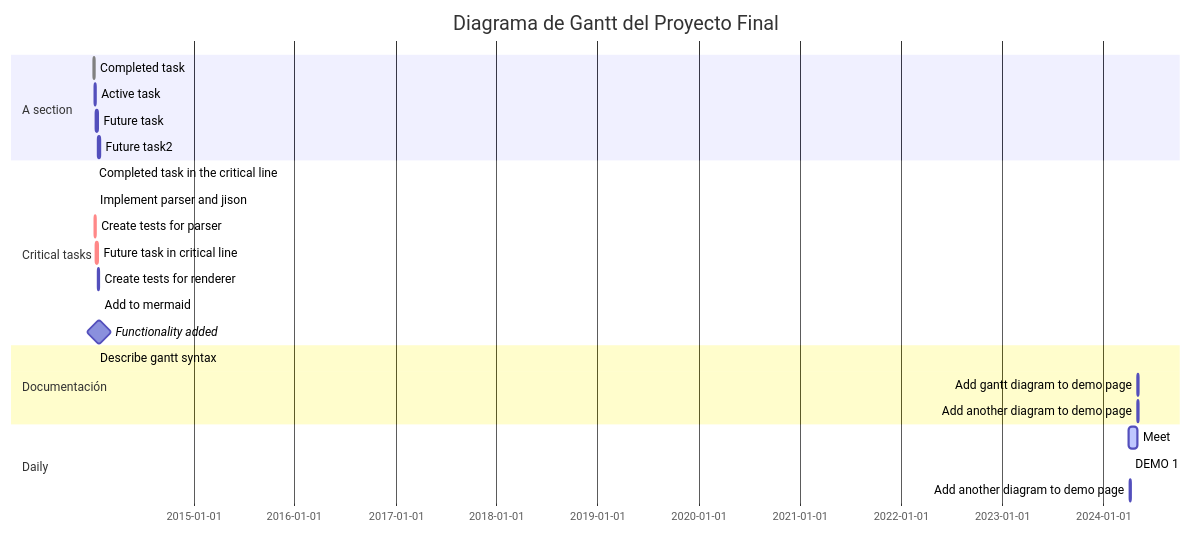
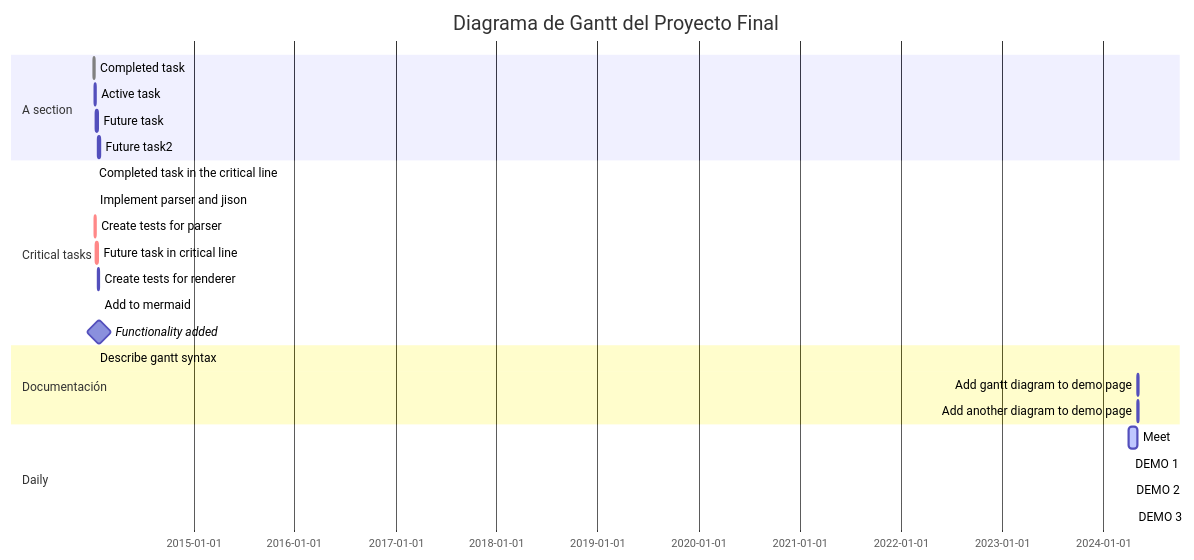
The diagram in README.md (Beth-94/testmermaid), drawn with Mermaid before and after one commit.

````diff
--- a/README.md
+++ b/README.md
@@ -8,33 +8,34 @@
 ```mermaid
 gantt
     dateFormat  YYYY-MM-DD
     title       Diagrama de Gantt del Proyecto Final
     excludes    weekends
     %% (`excludes` accepts specific dates in YYYY-MM-DD format, days of the week ("sunday") or "weekends", but not the word "weekdays".)
 
     section A section
     Completed task            :done,    des1, 2014-01-06,2014-01-08
     Active task               :active,  des2, 2014-01-09, 3d
     Future task               :         des3, after des2, 5d
     Future task2              :         des4, after des3, 5d
 
     section Critical tasks
     Completed task in the critical line :crit, done, 2014-01-06,24h
     Implement parser and jison          :crit, done, after des1, 2d
     Create tests for parser             :crit, active, 3d
     Future task in critical line        :crit, 5d
     Create tests for renderer           :2d
     Add to mermaid                      :until isadded
     Functionality added                 :milestone, isadded, 2014-01-25, 0d
 
     section Documentación
     Describe gantt syntax               :active, a1, after des1, 3d
     Add gantt diagram to demo page      :after a1  , 20h
     Add another diagram to demo page    :doc1, after a1  , 48h
 
     section Daily
     Meet               :active, a1, 2024-04-01, 25d
     DEMO 1                             :after Meet, 2024-04-05, 0d
-    Add another diagram to demo page    :48h
+    DEMO 2                             :after Meet, 2024-04-12, 0d
+    DEMO 3                             :after DEMO 2, 2024-04-19, 0d
 
 ```
````
